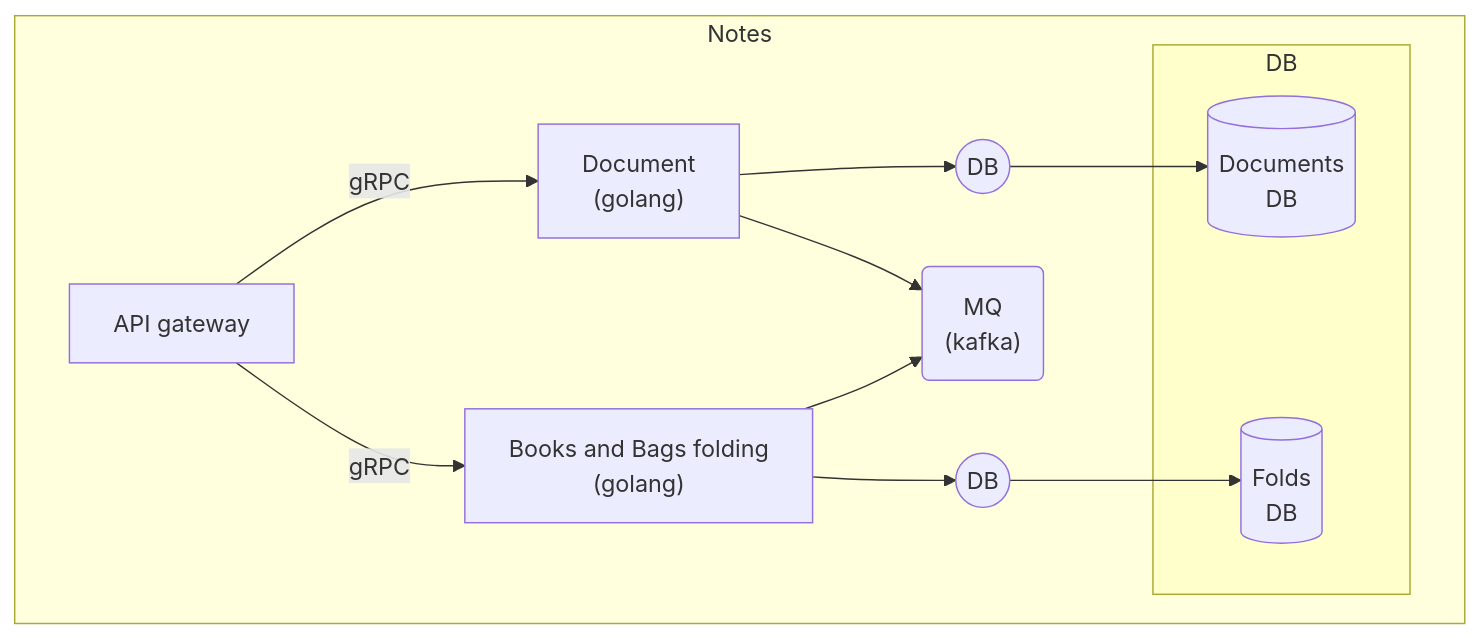
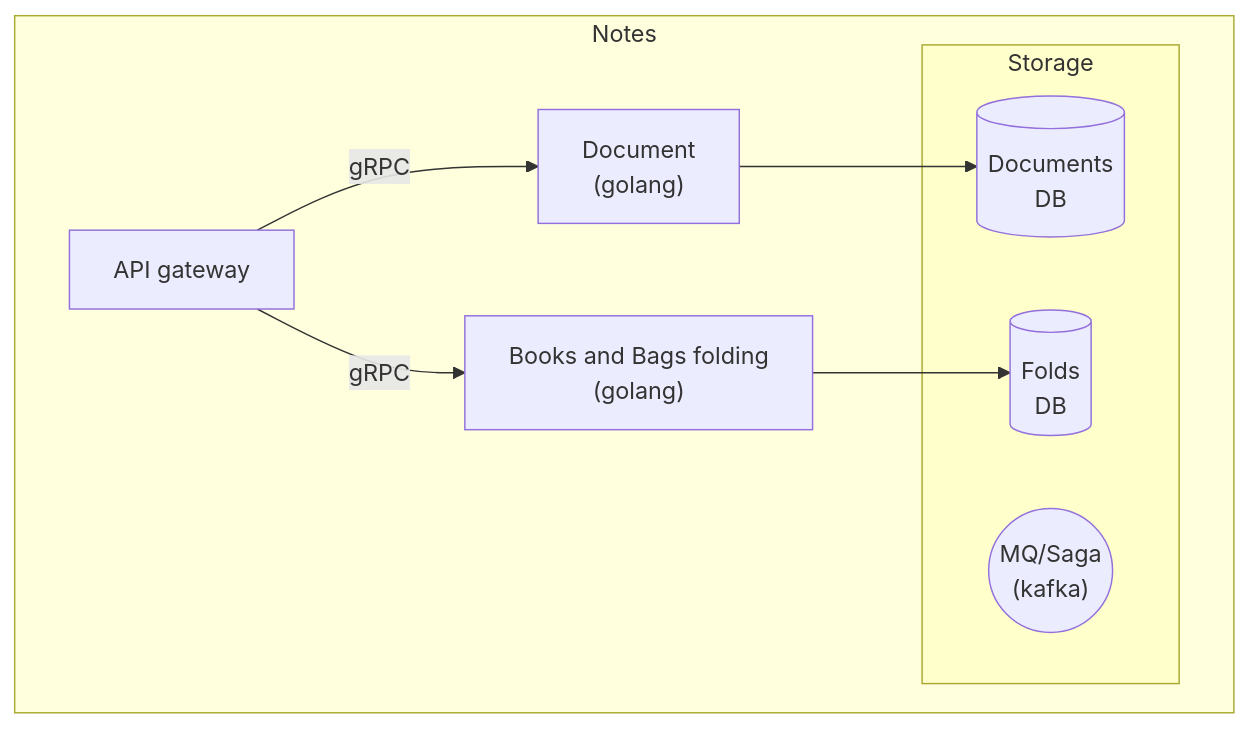
Before and after one commit to sergereinov/notes-saas: the third of 3 diagrams in README.md, drawn with Mermaid. The commit also changed other lines of this file, not shown here.

Commit message:
thoughts

````diff
--- a/README.md
+++ b/README.md
@@ -99,29 +100,22 @@
 ```mermaid
 graph TD
-
     API --> |gRPC| Document
     API --> |gRPC| Fold
     
-    Document --> DB1
-    DB1 --> DocumentDB
-    Document --> MQ
-    Fold --> DB2
-    DB2 --> FoldDB
-    Fold --> MQ
+    Document --> DocumentDB
+    Fold --> FoldDB
     
     subgraph Notes
         API["API gateway"]
         Document["Document<br/>(golang)"]
         Fold["Books and Bags folding<br/>(golang)"]
-        DB1(("DB"))
-        MQ("MQ<br/>(kafka)")
-        DB2(("DB"))
-       
-        subgraph DB
+        
+        subgraph Storage
             DocumentDB[("Documents<br/>DB")]
             FoldDB[("Folds<br/>DB")]
+            MQ(("MQ/Saga<br/>(kafka)"))
         end
     end
    
-    style DB fill:#ffc
+    style Storage fill:#ffc
 ```
````
